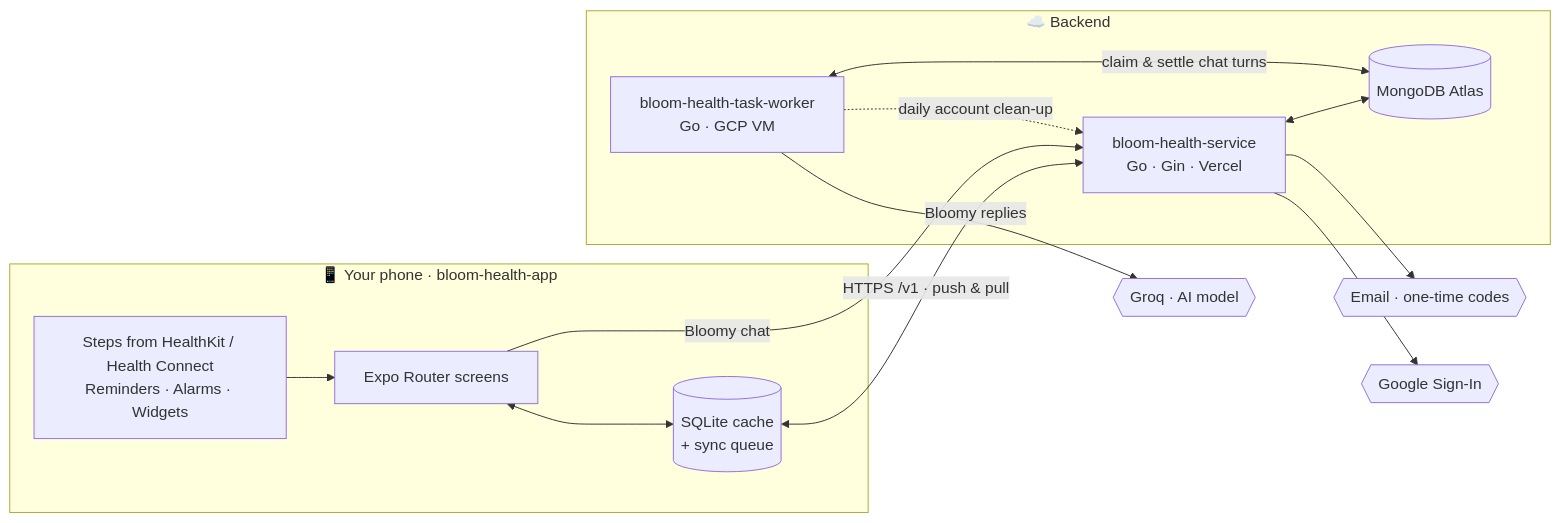
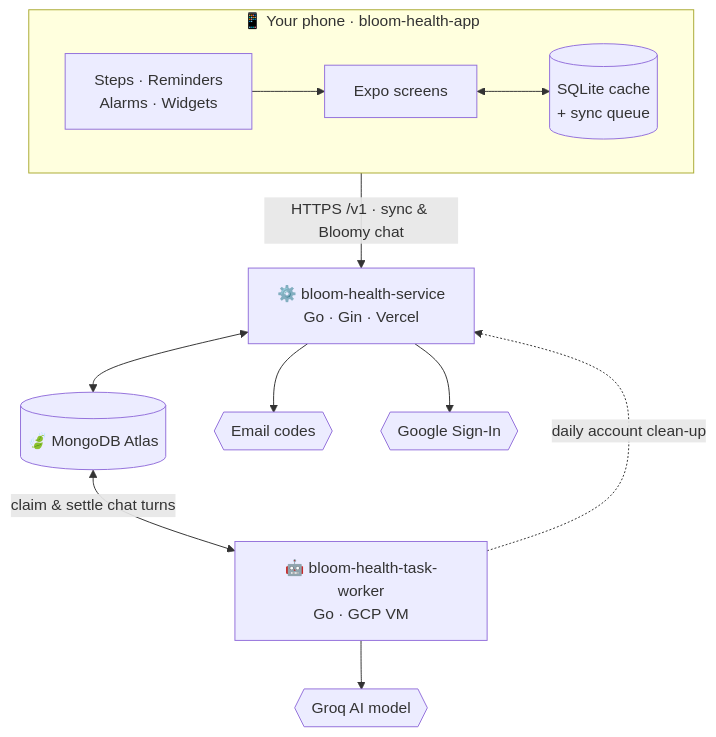
One commit to BloomHealthApp/.github changed the first of 2 diagrams in profile/README.md. Above: the diagram before and after it, drawn with Mermaid.

Commit message:
Switch architecture diagram to a top-down layout

````diff
--- a/profile/README.md
+++ b/profile/README.md
@@ -53,29 +53,23 @@
 ```mermaid
-flowchart LR
+flowchart TB
   subgraph phone["📱 Your phone · bloom-health-app"]
-    ui["Expo Router screens"]
-    store[("SQLite cache<br/>+ sync queue")]
-    device["Steps from HealthKit / Health Connect<br/>Reminders · Alarms · Widgets"]
-    ui <--> store
-    device --> ui
+    direction LR
+    device["Steps · Reminders<br/>Alarms · Widgets"] --> ui["Expo screens"] <--> store[("SQLite cache<br/>+ sync queue")]
   end
 
-  subgraph cloud["☁️ Backend"]
-    api["bloom-health-service<br/>Go · Gin · Vercel"]
-    db[("MongoDB Atlas")]
-    worker["bloom-health-task-worker<br/>Go · GCP VM"]
-  end
+  api["⚙️ bloom-health-service<br/>Go · Gin · Vercel"]
+  db[("🍃 MongoDB Atlas")]
+  worker["🤖 bloom-health-task-worker<br/>Go · GCP VM"]
 
-  smtp{{"Email · one-time codes"}}
+  smtp{{"Email codes"}}
   google{{"Google Sign-In"}}
-  groq{{"Groq · AI model"}}
+  groq{{"Groq AI model"}}
 
-  store <-->|"HTTPS /v1 · push & pull"| api
-  ui -->|"Bloomy chat"| api
+  phone -->|"HTTPS /v1 · sync & Bloomy chat"| api
   api --> smtp
   api --> google
   api <--> db
-  worker <-->|"claim & settle chat turns"| db
-  worker -->|"Bloomy replies"| groq
+  db <-->|"claim & settle chat turns"| worker
+  worker --> groq
   worker -.->|"daily account clean-up"| api
 ```
````
